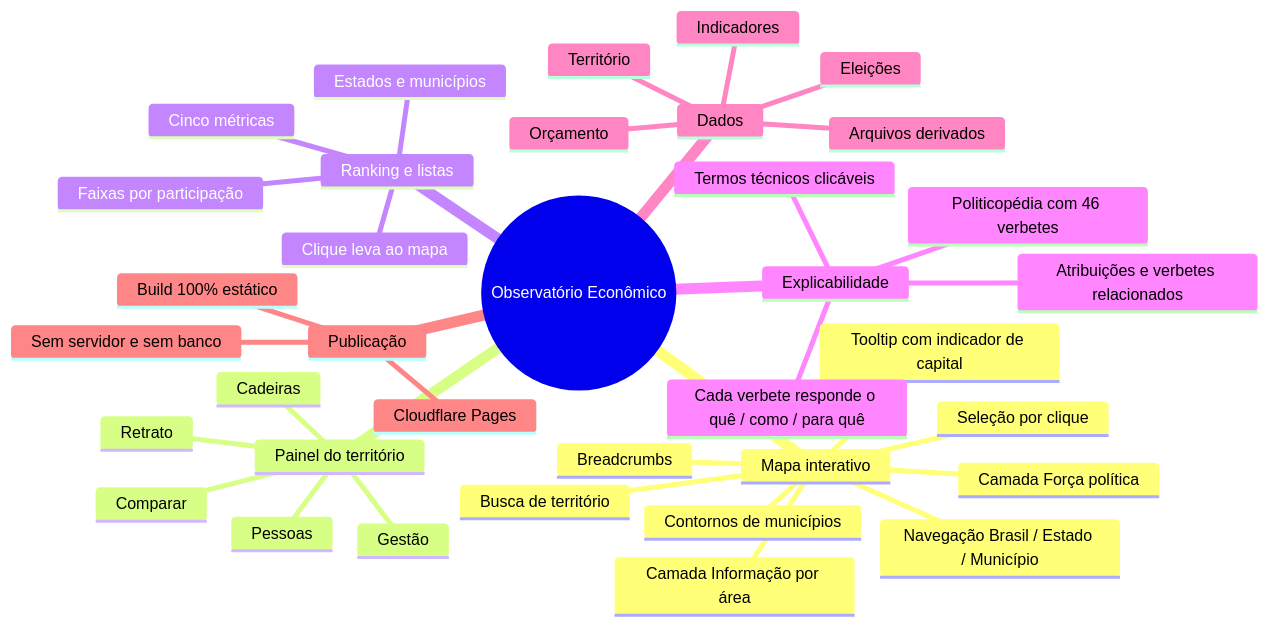
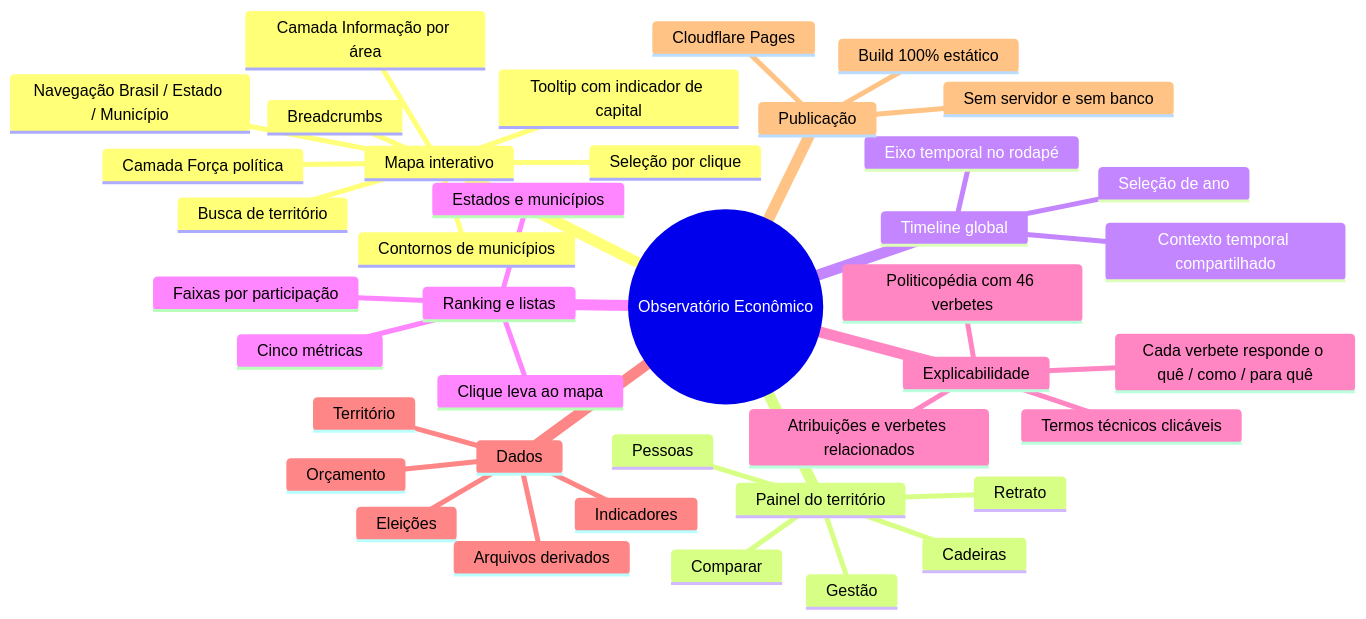
The first of 4 diagrams in docs/FUNCIONALIDADES.md (EmersonJSC/observatorio-economico), drawn with Mermaid before and after one commit. The commit also changed other lines of this file and 15 other files, not shown here.

Commit message:
feat: conecta timeline ao contexto temporal

````diff
--- a/docs/FUNCIONALIDADES.md
+++ b/docs/FUNCIONALIDADES.md
@@ -12,39 +12,43 @@
 ```mermaid
 mindmap
   root((Observatório Econômico))
     Mapa interativo
       Busca de território
       Navegação Brasil / Estado / Município
       Seleção por clique
       Breadcrumbs
       Tooltip com indicador de capital
       Camada Força política
       Camada Informação por área
       Contornos de municípios
     Painel do território
       Retrato
       Gestão
       Pessoas
       Cadeiras
       Comparar
+    Timeline global
+      Seleção de ano
+      Eixo temporal no rodapé
+      Contexto temporal compartilhado
     Ranking e listas
       Estados e municípios
       Cinco métricas
       Faixas por participação
       Clique leva ao mapa
     Explicabilidade
       Politicopédia com 46 verbetes
       Termos técnicos clicáveis
       Cada verbete responde o quê / como / para quê
       Atribuições e verbetes relacionados
     Dados
       Território
       Indicadores
       Orçamento
       Eleições
       Arquivos derivados
     Publicação
       Build 100% estático
       Sem servidor e sem banco
       Cloudflare Pages
 ```
````
